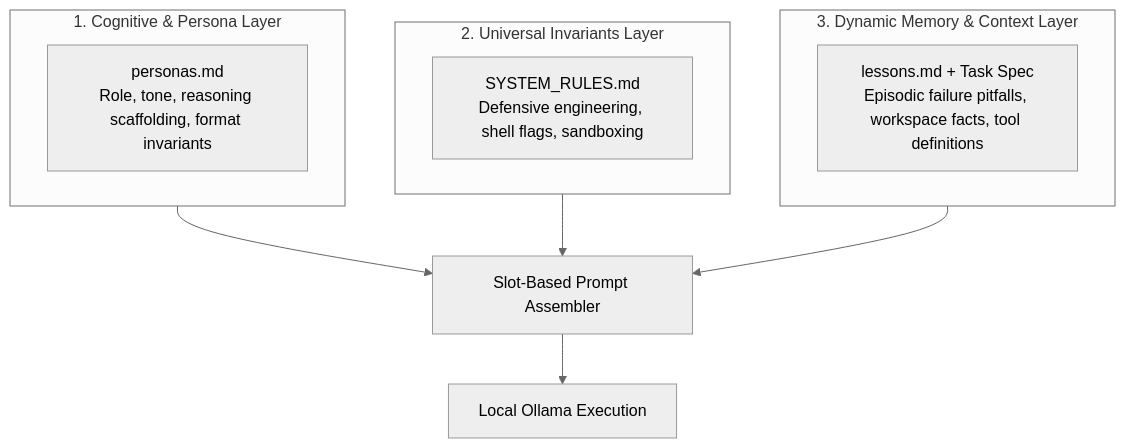
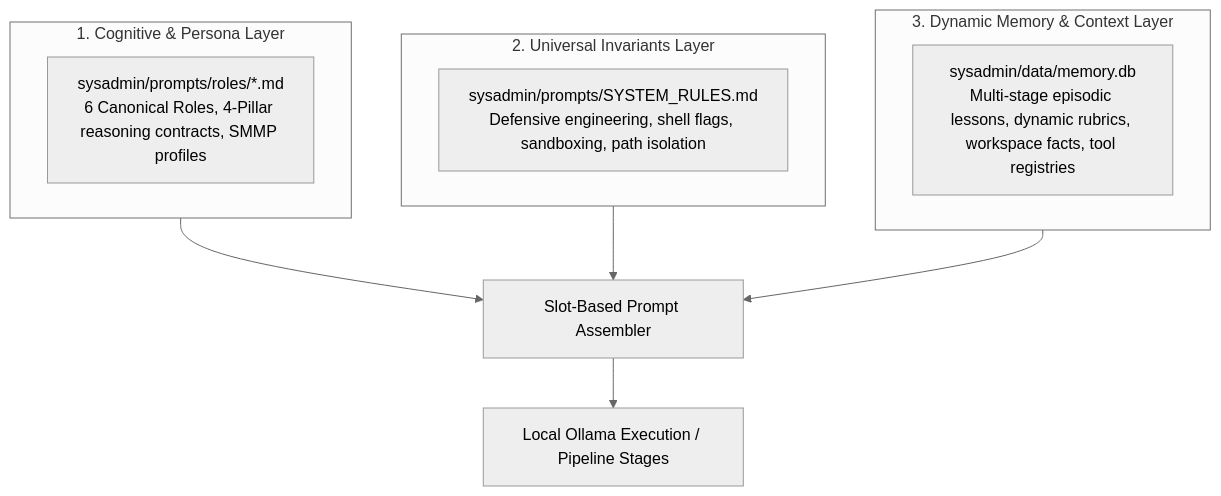
Before and after one commit to gpanula/local-ai: the first of 4 diagrams in ollama_update/prompt_evolution_strategy.md, drawn with Mermaid (neutral theme). The commit also changed other lines of this file and 33 other files, not shown here.

Commit message:
:sparkles: [pipeline]: integrate code gates, memory engine, MCP tools, and verify live pipeline

````diff
--- a/ollama_update/prompt_evolution_strategy.md
+++ b/ollama_update/prompt_evolution_strategy.md
@@ -11,19 +11,19 @@
 ```mermaid
 flowchart TD
     subgraph Layer1 [1. Cognitive & Persona Layer]
-        P1[personas.md<br/>Role, tone, reasoning scaffolding, format invariants]
+        P1[sysadmin/prompts/roles/*.md<br/>6 Canonical Roles, 4-Pillar reasoning contracts, SMMP profiles]
     end
 
     subgraph Layer2 [2. Universal Invariants Layer]
-        P2[SYSTEM_RULES.md<br/>Defensive engineering, shell flags, sandboxing]
+        P2[sysadmin/prompts/SYSTEM_RULES.md<br/>Defensive engineering, shell flags, sandboxing, path isolation]
     end
 
     subgraph Layer3 [3. Dynamic Memory & Context Layer]
-        P3[lessons.md + Task Spec<br/>Episodic failure pitfalls, workspace facts, tool definitions]
+        P3[sysadmin/data/memory.db<br/>Multi-stage episodic lessons, dynamic rubrics, workspace facts, tool registries]
     end
 
     Layer1 --> PromptAssembler[Slot-Based Prompt Assembler]
     Layer2 --> PromptAssembler
     Layer3 --> PromptAssembler
-    PromptAssembler --> LLM[Local Ollama Execution]
+    PromptAssembler --> LLM[Local Ollama Execution / Pipeline Stages]
 ```
````
